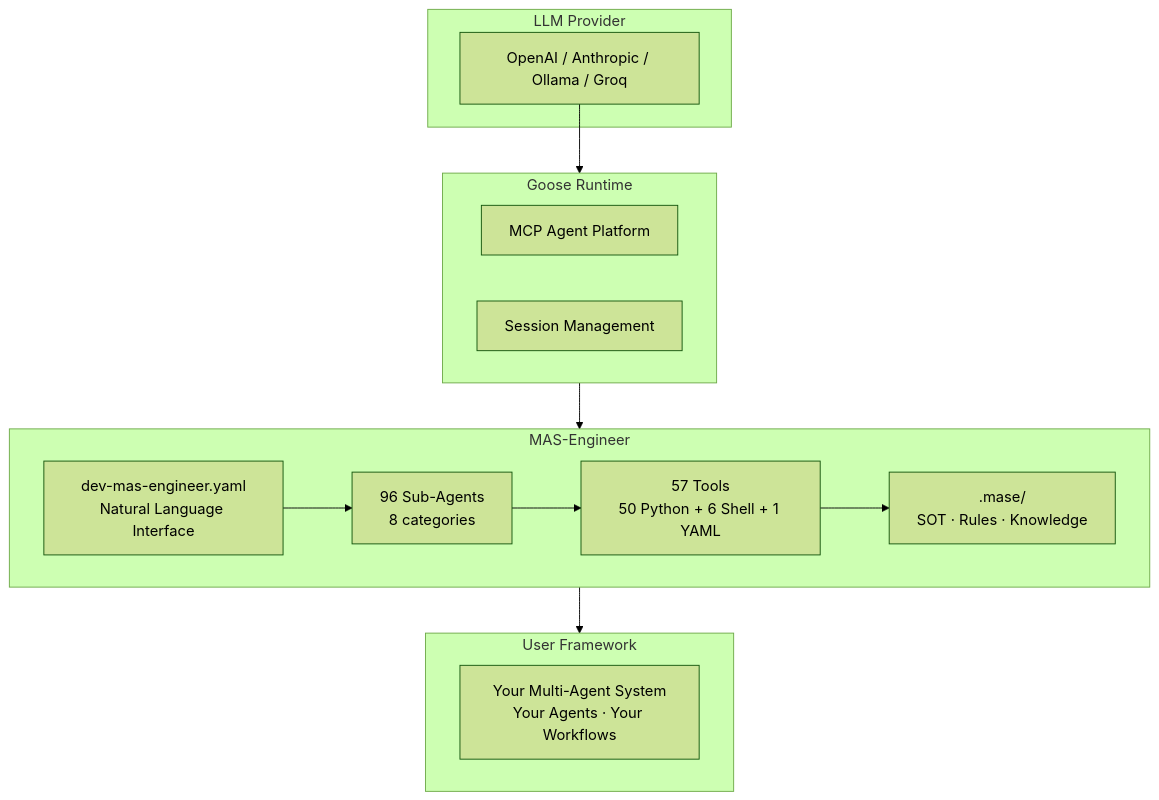
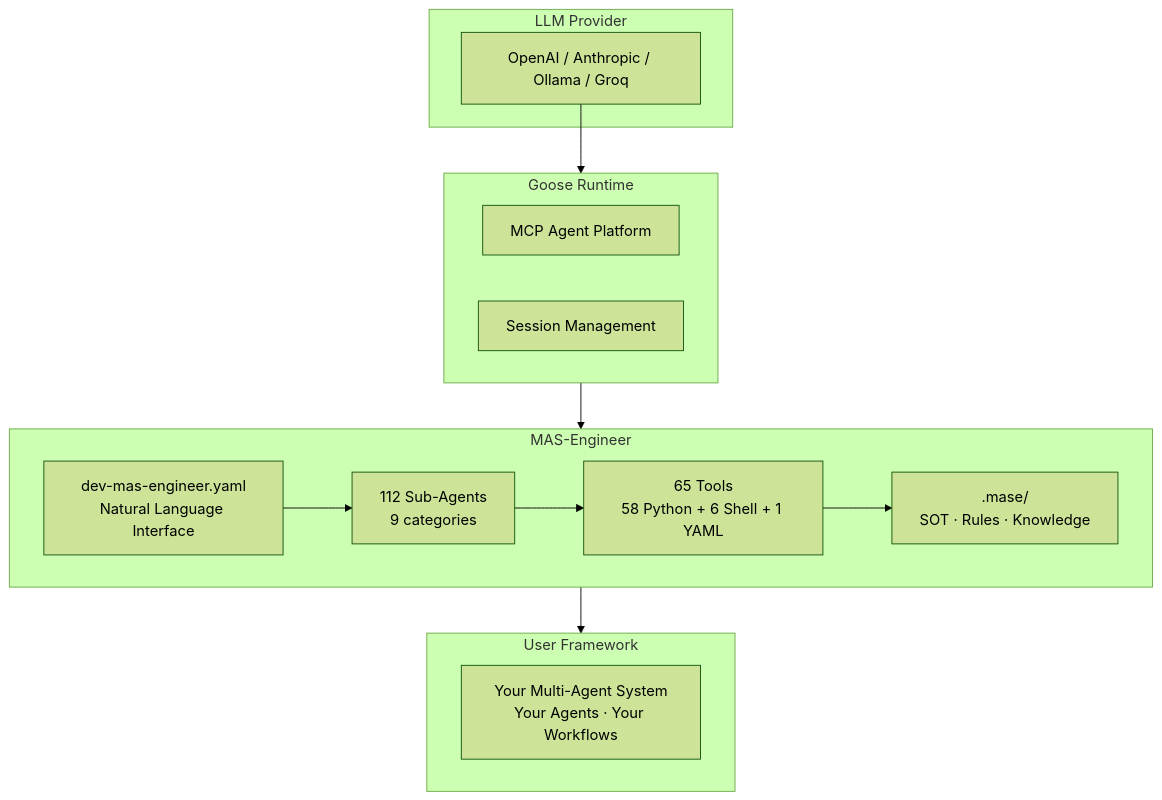
The first of 5 diagrams in docs/architecture.md (mczardybon/mas-engineer), drawn with Mermaid (forest theme) before and after one commit. The commit also changed other lines of this file and 9 other files, not shown here.

````diff
--- a/docs/architecture.md
+++ b/docs/architecture.md
@@ -5,26 +5,26 @@
 ```mermaid
 flowchart TB
     subgraph LLM["LLM Provider"]
         L1["OpenAI / Anthropic / Ollama / Groq"]
     end
     subgraph GOOSE["Goose Runtime"]
         G1["MCP Agent Platform"]
         G2["Session Management"]
     end
     subgraph ENGINEER["MAS-Engineer"]
         E1["dev-mas-engineer.yaml\nNatural Language Interface"]
-        E2["96 Sub-Agents\n8 categories"]
-        E3["57 Tools\n50 Python + 6 Shell + 1 YAML"]
+        E2["112 Sub-Agents\n9 categories"]
+        E3["65 Tools\n58 Python + 6 Shell + 1 YAML"]
         E4[".mase/\nSOT · Rules · Knowledge"]
     end
     subgraph USER["User Framework"]
         U1["Your Multi-Agent System\nYour Agents · Your Workflows"]
     end
 
     L1 --> GOOSE
     GOOSE --> ENGINEER
     ENGINEER --> USER
     E1 --> E2
     E2 --> E3
     E3 --> E4
 ```
````
